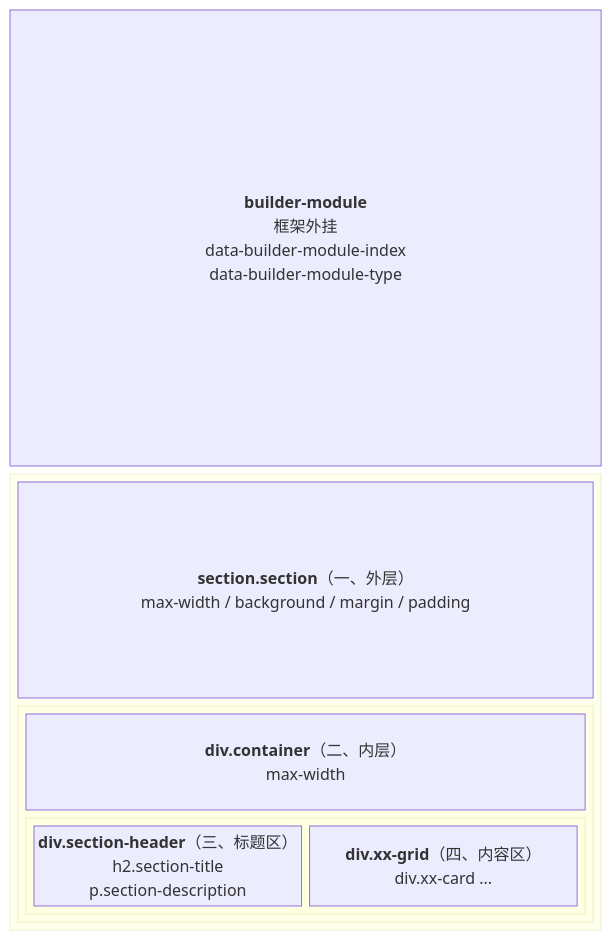
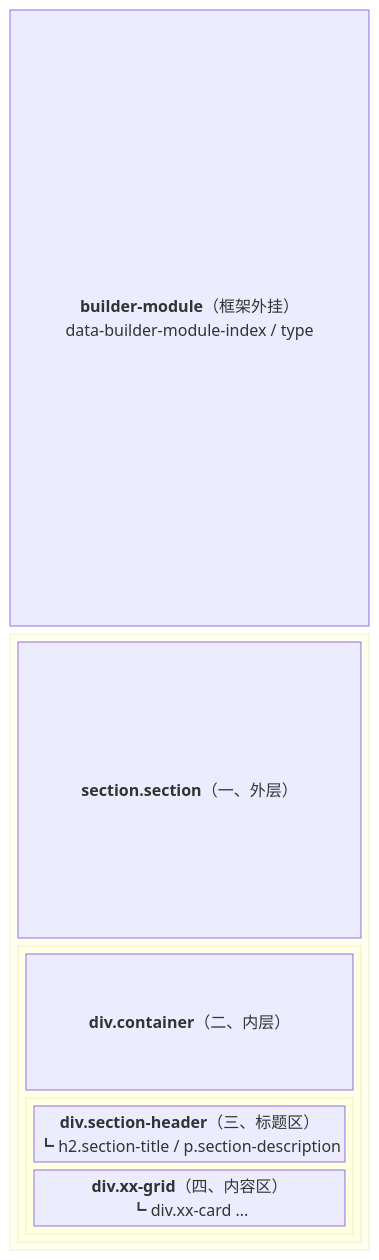
The diagram in .claude/skills/template-new-block/reference/block-structure.md (jjq-git/mycompany.website), drawn with Mermaid before and after one commit.

````diff
--- a/.claude/skills/template-new-block/reference/block-structure.md
+++ b/.claude/skills/template-new-block/reference/block-structure.md
@@ -25,22 +25,22 @@
 ```mermaid
 ---
 config:
   theme: default
 ---
 block-beta
     columns 1
-    A["<b>builder-module</b><br/>框架外挂<br/>data-builder-module-index<br/>data-builder-module-type"]
+    A["<b>builder-module</b>（框架外挂）<br/>data-builder-module-index / type"]
     block
         columns 1
-        B["<b>section.section</b>（一、外层）<br/>max-width / background / margin / padding"]
+        B["<b>section.section</b>（一、外层）"]
         block
             columns 1
-            C["<b>div.container</b>（二、内层）<br/>max-width"]
-            block:inner
-                columns 2
-                D["<b>div.section-header</b>（三、标题区）<br/>h2.section-title<br/>p.section-description"]
-                E["<b>div.xx-grid</b>（四、内容区）<br/>div.xx-card ..."]
+            C["<b>div.container</b>（二、内层）"]
+            block
+                columns 1
+                D["<b>div.section-header</b>（三、标题区）<br/>┗ h2.section-title / p.section-description"]
+                E["<b>div.xx-grid</b>（四、内容区）<br/>┗ div.xx-card ..."]
             end
         end
     end
 ```
````
